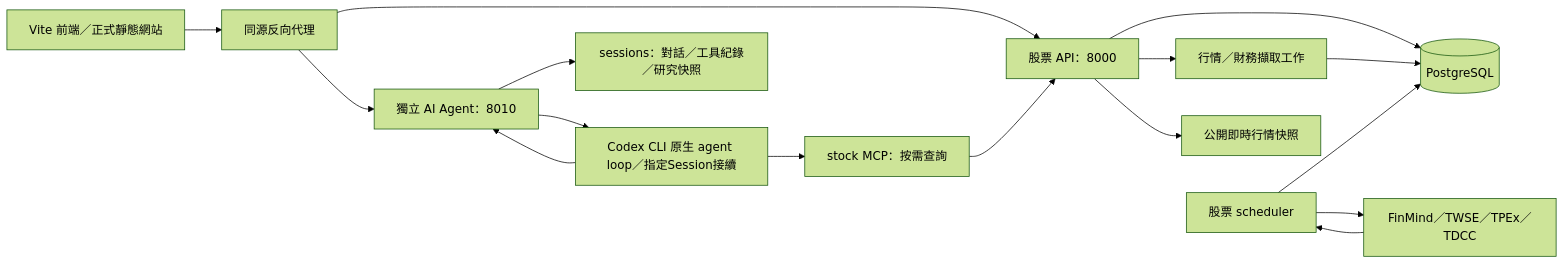
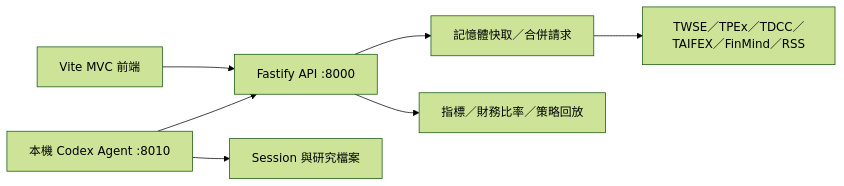
One commit to LueZero/TWStock-Coach changed the diagram in docs/DESIGN.md. Above: the diagram before and after it, drawn with Mermaid (forest theme). The commit also changed other lines of this file and 62 other files, not shown here.

````diff
--- a/docs/DESIGN.md
+++ b/docs/DESIGN.md
@@ -5,18 +9,9 @@
 ```mermaid
 flowchart LR
-  Web[Vite 前端／正式靜態網站] --> Proxy[同源反向代理]
-  Proxy --> API[股票 API：8000]
-  Proxy --> Agent[獨立 AI Agent：8010]
-  API --> DB[(PostgreSQL)]
-  API --> Queue[行情／財務擷取工作]
-  Queue --> DB
-  Scheduler[股票 scheduler] --> DB
-  Scheduler --> Source[FinMind／TWSE／TPEx／TDCC]
-  Source --> Scheduler
-  API --> MIS[公開即時行情快照]
-  Agent --> CLI[Codex CLI 原生 agent loop／指定Session接續]
-  CLI --> MCP[stock MCP：按需查詢]
-  MCP --> API
-  CLI --> Agent
-  Agent --> Files[sessions：對話／工具紀錄／研究快照]
+  Web[Vite MVC 前端] --> API[Fastify API :8000]
+  API --> RAM[記憶體快取／合併請求]
+  RAM --> Sources[TWSE／TPEx／TDCC／TAIFEX／FinMind／RSS]
+  API --> Calc[指標／財務比率／策略回放]
+  Agent[本機 Codex Agent :8010] --> API
+  Agent --> Files[Session 與研究檔案]
 ```
````
